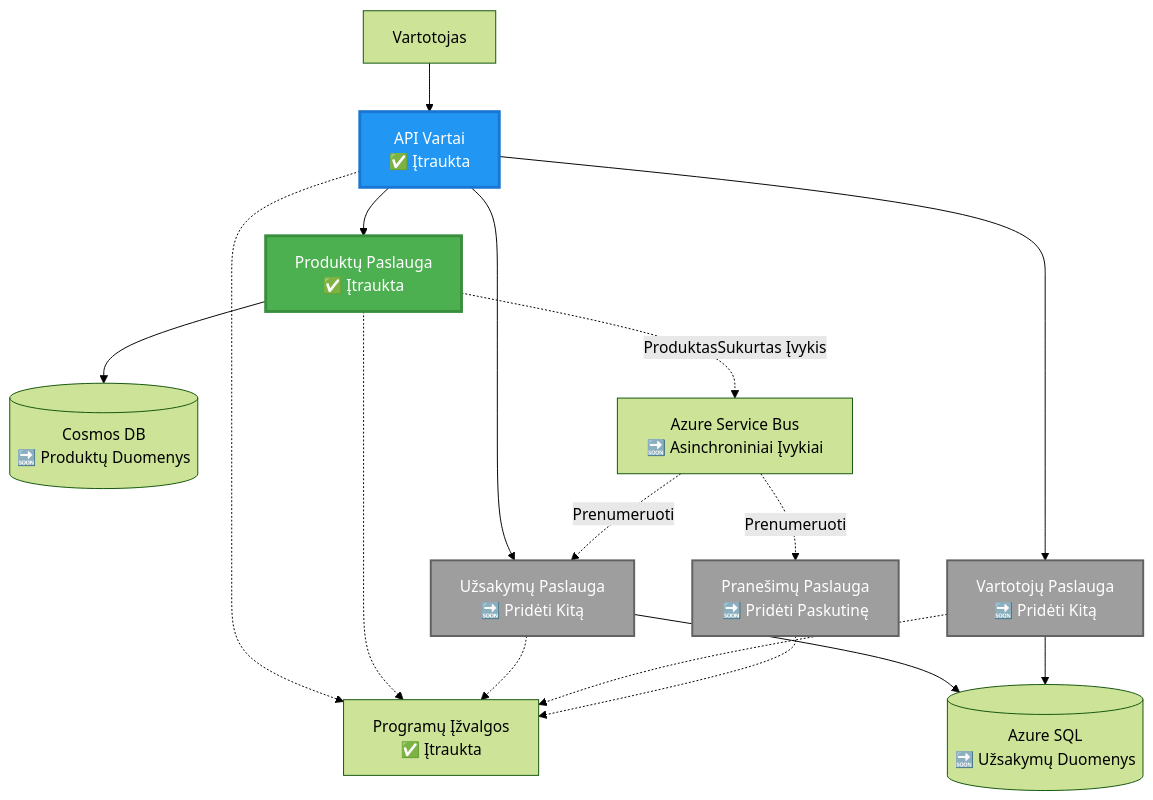
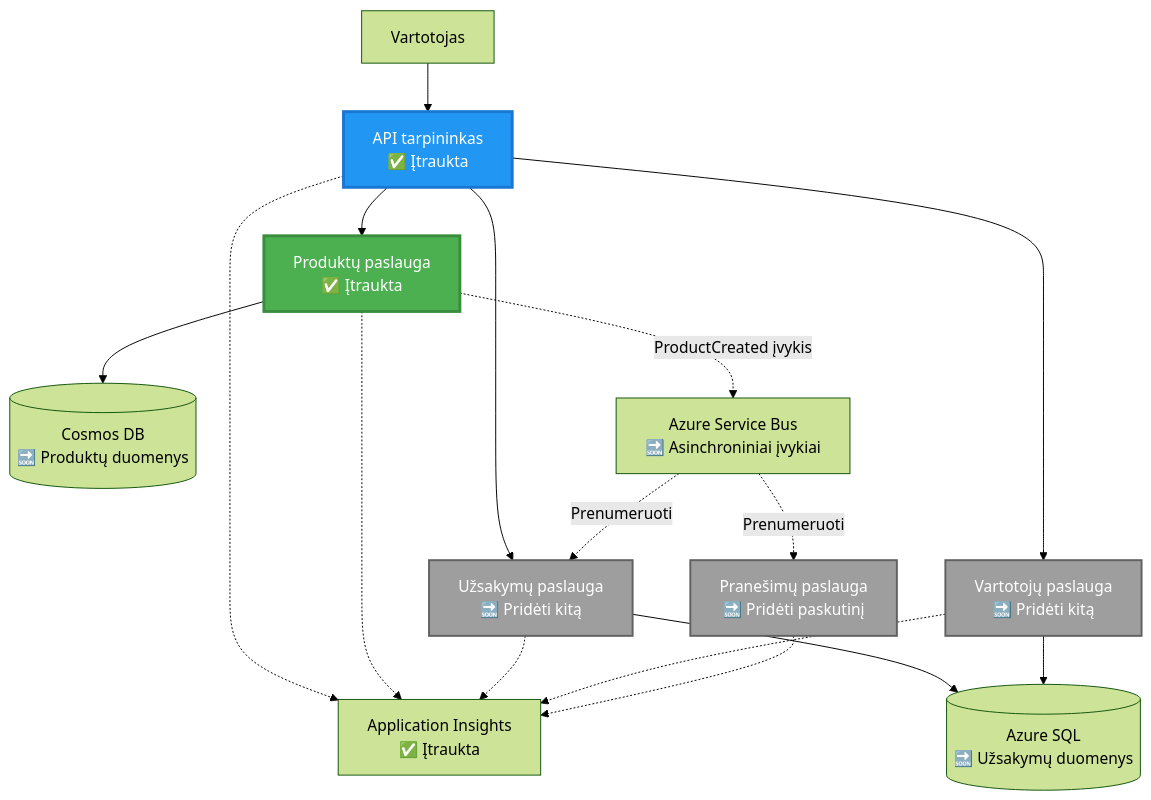
One commit to microsoft/AZD-for-beginners changed the second of 4 diagrams in translations/lt/examples/microservices/README.md. Above: the diagram before and after it, drawn with Mermaid (forest theme). The commit also changed other lines of this file and 242 other files, not shown here.

````diff
--- a/translations/lt/examples/microservices/README.md
+++ b/translations/lt/examples/microservices/README.md
@@ -78,39 +67,39 @@
 ```mermaid
 graph TB
     User[Vartotojas]
-    Gateway[API Vartai<br/>✅ Įtraukta]
-    Product[Produktų Paslauga<br/>✅ Įtraukta]
-    Order[Užsakymų Paslauga<br/>🔜 Pridėti Kitą]
-    UserSvc[Vartotojų Paslauga<br/>🔜 Pridėti Kitą]
-    Notify[Pranešimų Paslauga<br/>🔜 Pridėti Paskutinę]
+    Gateway[API tarpininkas<br/>✅ Įtraukta]
+    Product[Produktų paslauga<br/>✅ Įtraukta]
+    Order[Užsakymų paslauga<br/>🔜 Pridėti kitą]
+    UserSvc[Vartotojų paslauga<br/>🔜 Pridėti kitą]
+    Notify[Pranešimų paslauga<br/>🔜 Pridėti paskutinį]
     
-    CosmosDB[(Cosmos DB<br/>🔜 Produktų Duomenys)]
-    AzureSQL[(Azure SQL<br/>🔜 Užsakymų Duomenys)]
-    ServiceBus[Azure Service Bus<br/>🔜 Asinchroniniai Įvykiai]
-    AppInsights[Programų Įžvalgos<br/>✅ Įtraukta]
+    CosmosDB[(Cosmos DB<br/>🔜 Produktų duomenys)]
+    AzureSQL[(Azure SQL<br/>🔜 Užsakymų duomenys)]
+    ServiceBus[Azure Service Bus<br/>🔜 Asinchroniniai įvykiai]
+    AppInsights[Application Insights<br/>✅ Įtraukta]
     
     User --> Gateway
     Gateway --> Product
     Gateway --> Order
     Gateway --> UserSvc
     
     Product --> CosmosDB
     Order --> AzureSQL
     UserSvc --> AzureSQL
     
-    Product -.->|ProduktasSukurtas Įvykis| ServiceBus
+    Product -.->|ProductCreated įvykis| ServiceBus
     ServiceBus -.->|Prenumeruoti| Notify
     ServiceBus -.->|Prenumeruoti| Order
     
     Gateway -.-> AppInsights
     Product -.-> AppInsights
     Order -.-> AppInsights
     UserSvc -.-> AppInsights
     Notify -.-> AppInsights
     
     style Product fill:#4CAF50,stroke:#388E3C,stroke-width:3px,color:#fff
     style Gateway fill:#2196F3,stroke:#1976D2,stroke-width:3px,color:#fff
     style Order fill:#9E9E9E,stroke:#616161,stroke-width:2px,color:#fff
     style UserSvc fill:#9E9E9E,stroke:#616161,stroke-width:2px,color:#fff
     style Notify fill:#9E9E9E,stroke:#616161,stroke-width:2px,color:#fff
 ```
````
